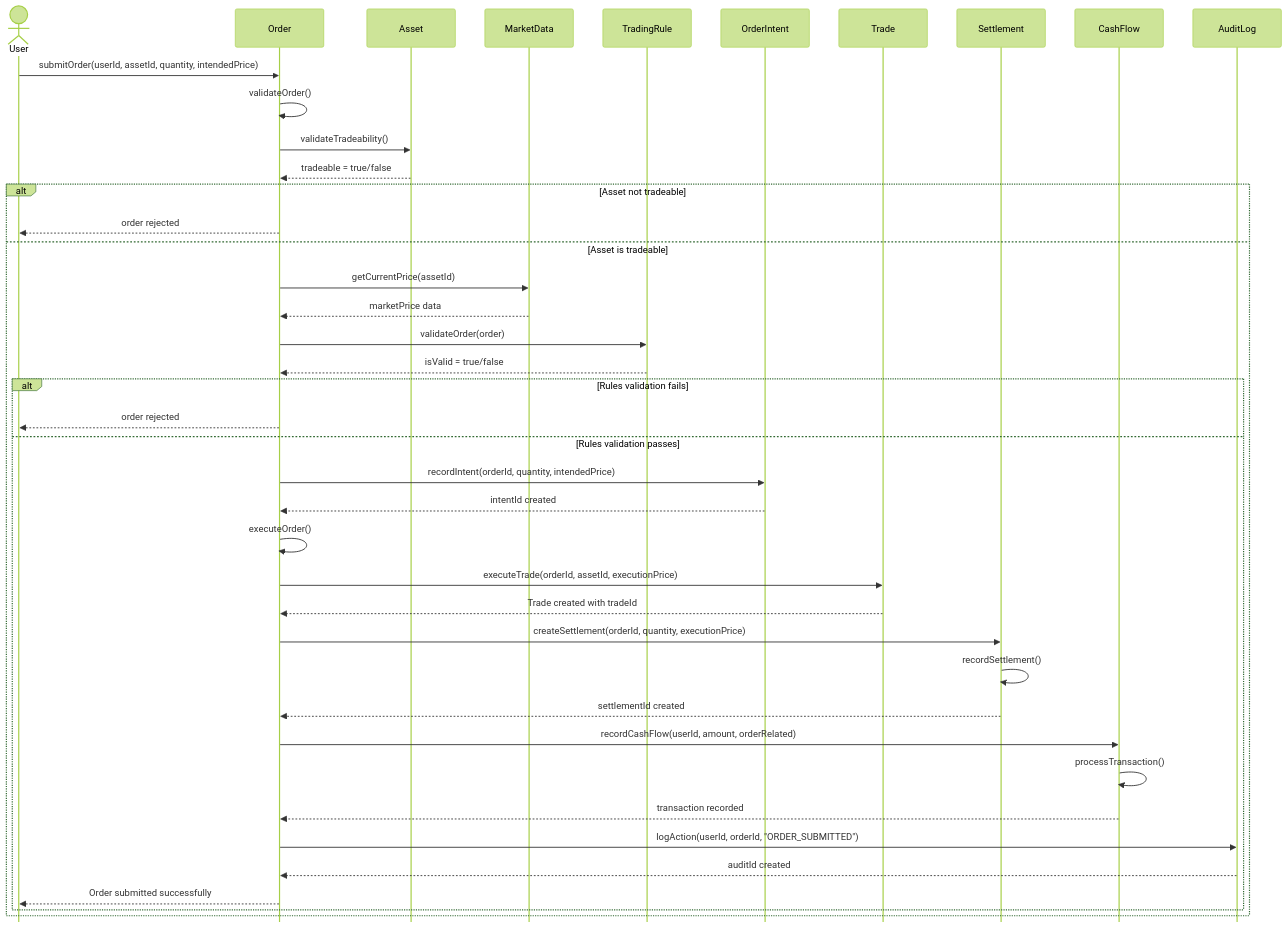
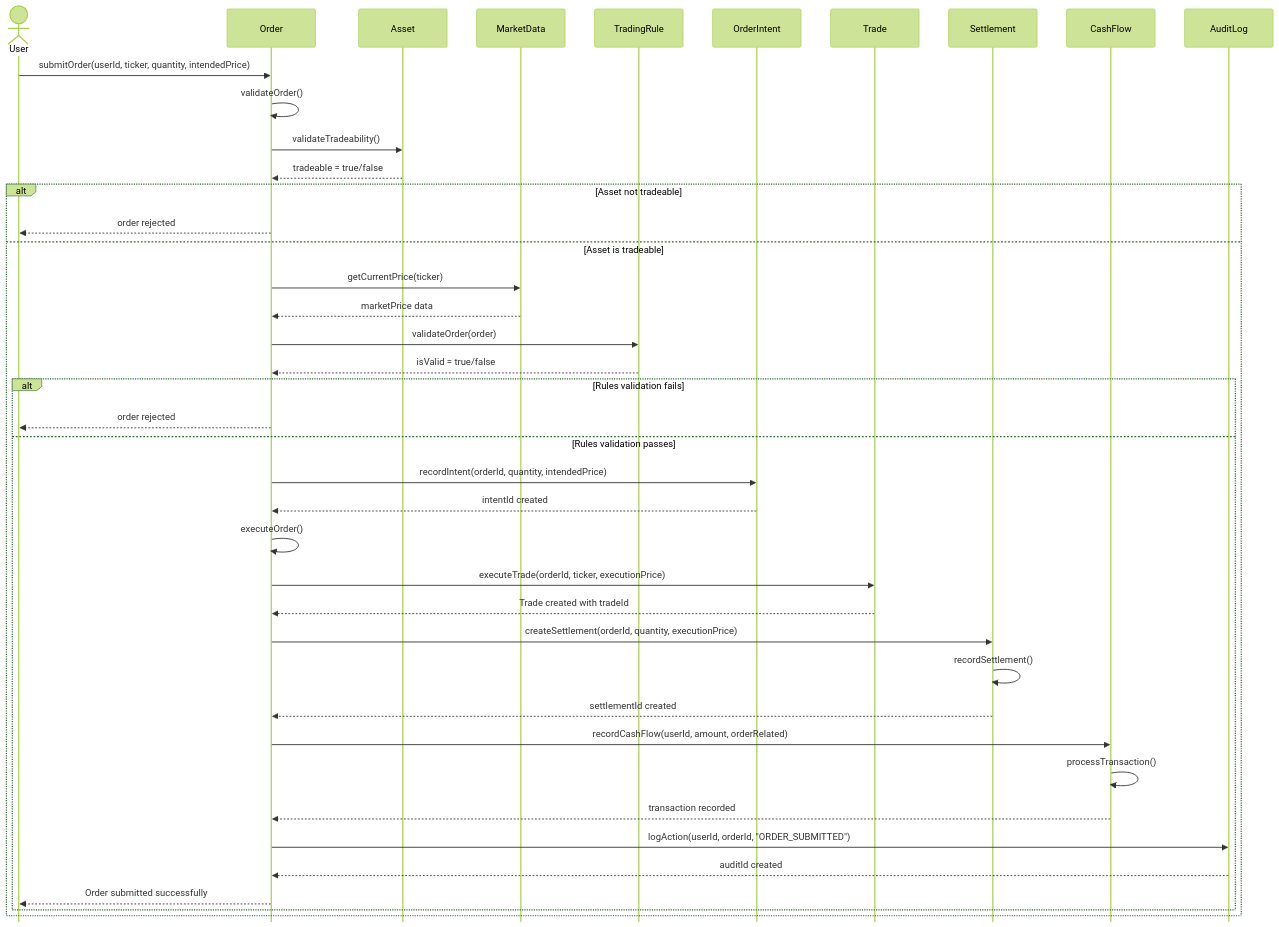
The diagram in UML-Diagrams/Sequence-UML/submitOrder-seq.mmd (Third-PartyVendorz/thirdPartyVendor), drawn with Mermaid (forest theme) before and after one commit. The commit also changed 23 other files, not shown here.

Commit message:
remove asset_id from holdings, update schemas, match responses between front and back ends

```diff
--- a/UML-Diagrams/Sequence-UML/submitOrder-seq.mmd
+++ b/UML-Diagrams/Sequence-UML/submitOrder-seq.mmd
@@ -1,51 +1,51 @@
 %%{init: {'sequence': {'mirrorActors': false}}}%%
 sequenceDiagram
     actor U as User
     participant O as Order
     participant A as Asset
     participant M as MarketData
     participant T as TradingRule
     participant I as OrderIntent
     participant R as Trade
     participant S as Settlement
     participant C as CashFlow
     participant AL as AuditLog
 
-    U->>O: submitOrder(userId, assetId, quantity, intendedPrice)
+    U->>O: submitOrder(userId, ticker, quantity, intendedPrice)
     
     O->>O: validateOrder()
 
     O->>A: validateTradeability()
 
     A-->>O: tradeable = true/false
     
     alt Asset not tradeable
         O-->>U: order rejected
     else Asset is tradeable
-        O->>M: getCurrentPrice(assetId)
+        O->>M: getCurrentPrice(ticker)
         
         M-->>O: marketPrice data
         
         O->>T: validateOrder(order)
         
         T-->>O: isValid = true/false
         
         alt Rules validation fails
             O-->>U: order rejected
         else Rules validation passes
             O->>I: recordIntent(orderId, quantity, intendedPrice)
             I-->>O: intentId created      
             O->>O: executeOrder()          
-            O->>R: executeTrade(orderId, assetId, executionPrice)           
+            O->>R: executeTrade(orderId, ticker, executionPrice)
             R-->>O: Trade created with tradeId           
             O->>S: createSettlement(orderId, quantity, executionPrice)          
             S->>S: recordSettlement()          
             S-->>O: settlementId created           
             O->>C: recordCashFlow(userId, amount, orderRelated)          
             C->>C: processTransaction()
             C-->>O: transaction recorded
             O->>AL: logAction(userId, orderId, "ORDER_SUBMITTED")            
             AL-->>O: auditId created            
             O-->>U: Order submitted successfully
         end
     end
```
